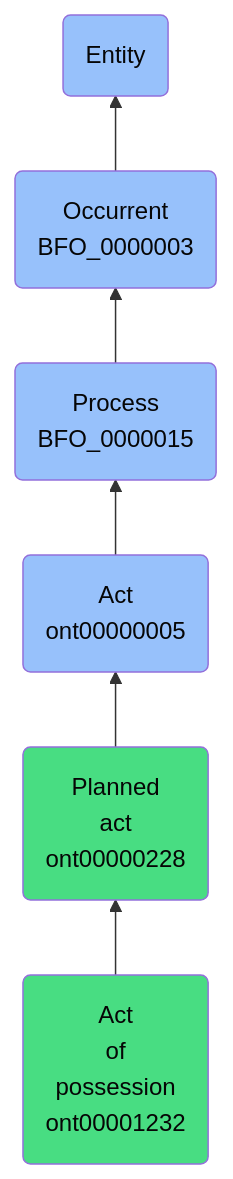
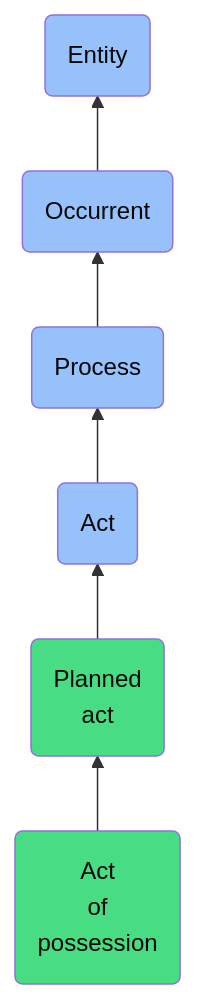
One commit to jupyter-naas/abi changed the diagram in docs/ontology/reference/model/Entity/Occurrent/Process/Act/Planned act/Act of possession/Act of possession.md. Above: the diagram before and after it, drawn with Mermaid. The commit also changed other lines of this file and 1430 other files, not shown here.

````diff
--- a/docs/ontology/reference/model/Entity/Occurrent/Process/Act/Planned act/Act of possession/Act of possession.md
+++ b/docs/ontology/reference/model/Entity/Occurrent/Process/Act/Planned act/Act of possession/Act of possession.md
@@ -24,13 +24,13 @@
 ```mermaid
 graph BT
-    ont00001232(Act<br>of<br>possession<br>ont00001232):::ABI-->ont00000228
-    ont00000228(Planned<br>act<br>ont00000228):::ABI-->ont00000005
-    ont00000005(Act<br>ont00000005):::BFO-->BFO_0000015
-    BFO_0000015(Process<br>BFO_0000015):::BFO-->BFO_0000003
-    BFO_0000003(Occurrent<br>BFO_0000003):::BFO-->BFO_0000001
+    ont00001232(Act<br>of<br>possession):::ABI-->ont00000228
+    ont00000228(Planned<br>act):::ABI-->ont00000005
+    ont00000005(Act):::BFO-->BFO_0000015
+    BFO_0000015(Process):::BFO-->BFO_0000003
+    BFO_0000003(Occurrent):::BFO-->BFO_0000001
     BFO_0000001(Entity):::BFO
     
     classDef BFO fill:#97c1fb,color:#060606
     classDef CCO fill:#e4c51e,color:#060606
     classDef ABI fill:#48DD82,color:#060606
 ```
````
